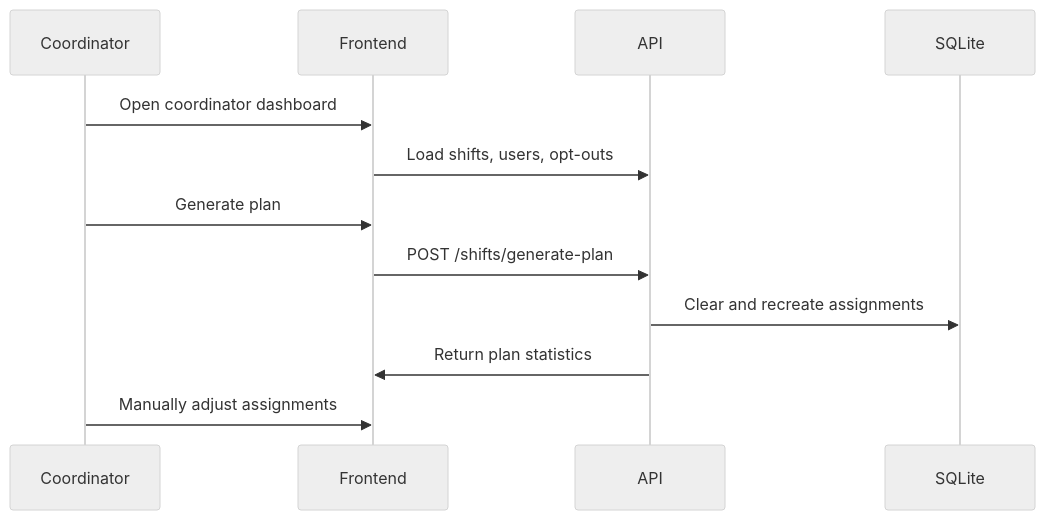
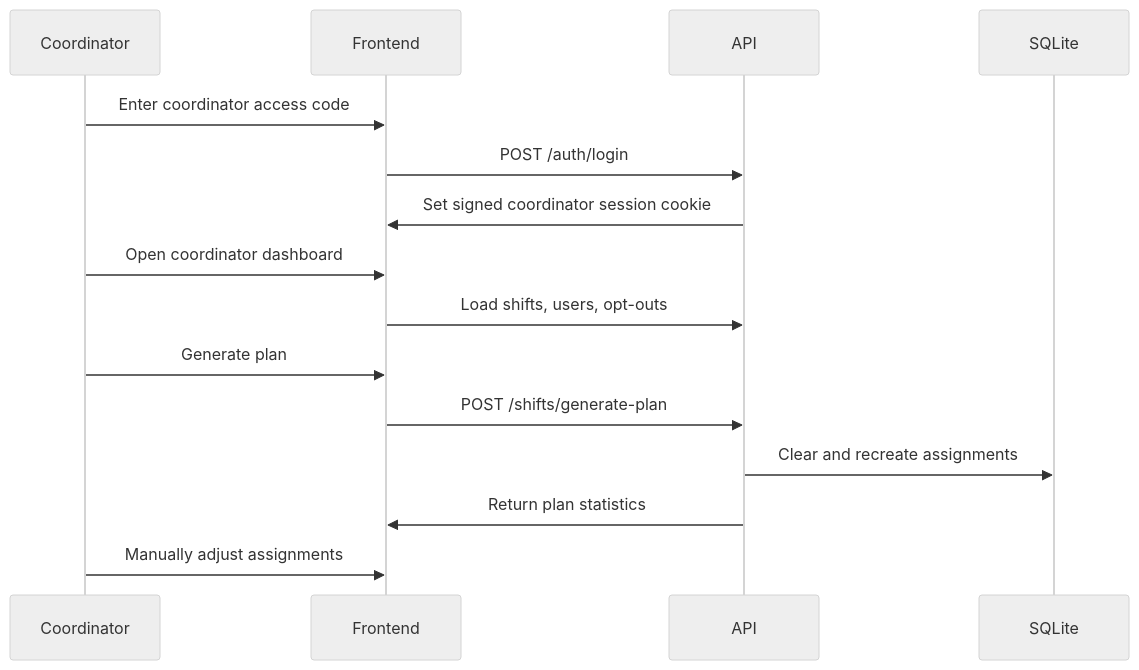
Before and after one commit to ini272/open-flair-shiftplan: the second of 2 diagrams in docs/architecture/overview.md, drawn with Mermaid (neutral theme). The commit also changed other lines of this file and 34 other files, not shown here.

````diff
--- a/docs/architecture/overview.md
+++ b/docs/architecture/overview.md
@@ -32,15 +32,18 @@
 ```mermaid
 sequenceDiagram
     participant Coordinator
     participant Frontend
     participant API
     participant DB as SQLite
 
+    Coordinator->>Frontend: Enter coordinator access code
+    Frontend->>API: POST /auth/login
+    API->>Frontend: Set signed coordinator session cookie
     Coordinator->>Frontend: Open coordinator dashboard
     Frontend->>API: Load shifts, users, opt-outs
     Coordinator->>Frontend: Generate plan
     Frontend->>API: POST /shifts/generate-plan
     API->>DB: Clear and recreate assignments
     API->>Frontend: Return plan statistics
     Coordinator->>Frontend: Manually adjust assignments
 ```
````
